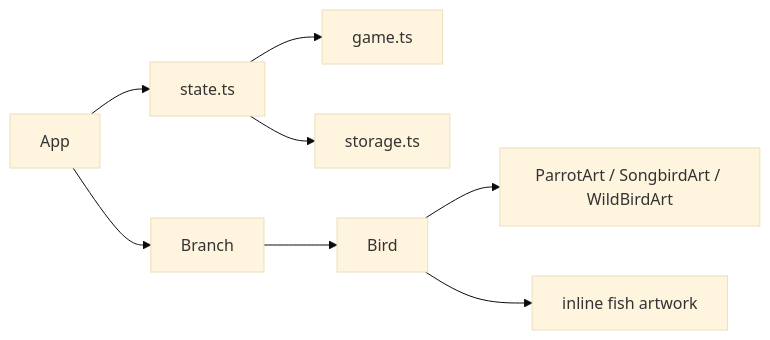
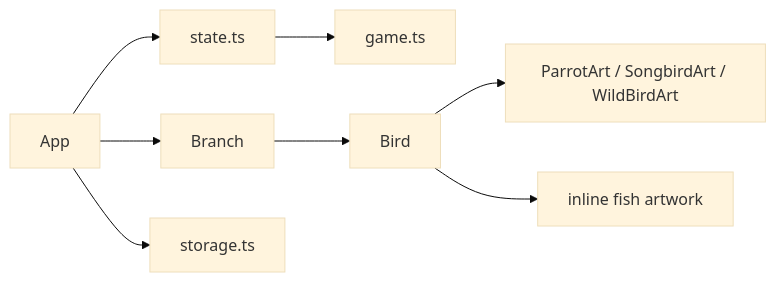
Before and after one commit to RJFryman/bird-sort: the diagram in ARCHITECTURE.md, drawn with Mermaid (base theme). The commit also changed other lines of this file and 33 other files, not shown here.

````diff
--- a/ARCHITECTURE.md
+++ b/ARCHITECTURE.md
@@ -7,10 +7,10 @@
 ```mermaid
 flowchart LR
   App --> State[state.ts]
   State --> Game[game.ts]
   App --> Branch
   Branch --> Bird
   Bird --> Art[ParrotArt / SongbirdArt / WildBirdArt]
   Bird --> Fish[inline fish artwork]
-  State --> Storage[storage.ts]
+  App --> Storage[storage.ts]
 ```
````
